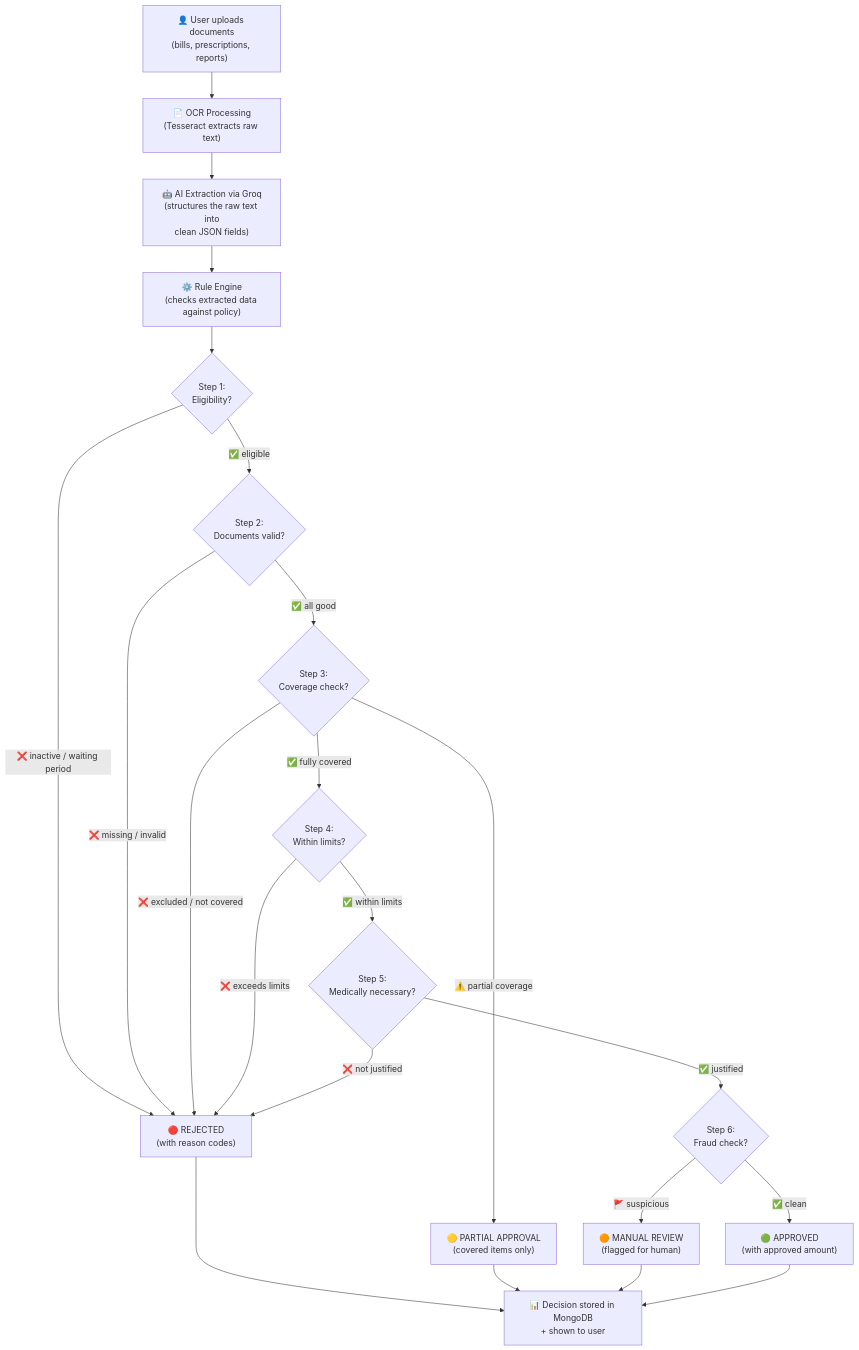
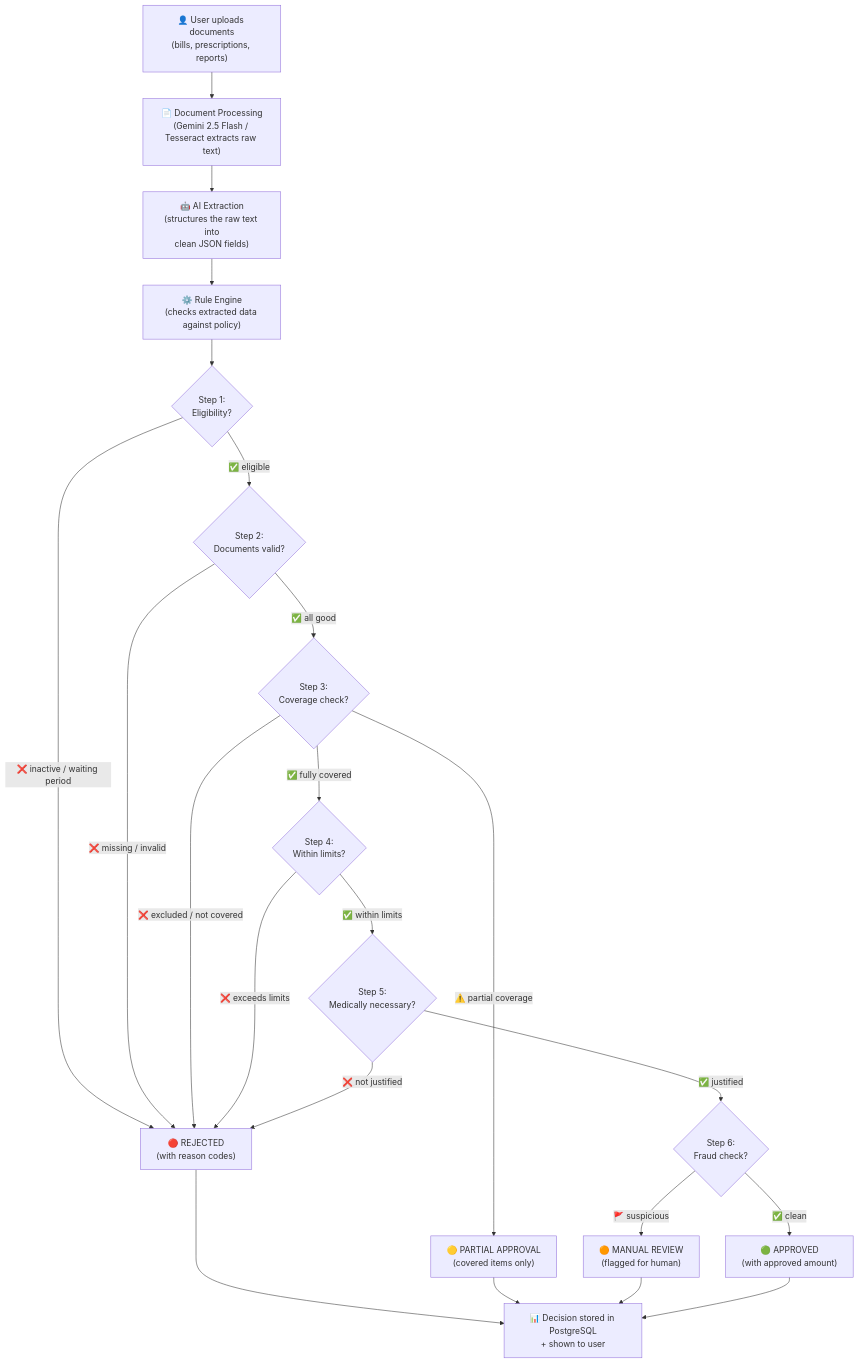
Before and after one commit to ziko-ahmed/plum: the second of 2 diagrams in README.md, drawn with Mermaid. The commit also changed other lines of this file and 156 other files, not shown here.

````diff
--- a/README.md
+++ b/README.md
@@ -295,31 +57,31 @@
 ```mermaid
 flowchart TD
-    A["👤 User uploads documents\n(bills, prescriptions, reports)"] --> B["📄 OCR Processing\n(Tesseract extracts raw text)"]
-    B --> C["🤖 AI Extraction via Groq\n(structures the raw text into\nclean JSON fields)"]
+    A["👤 User uploads documents\n(bills, prescriptions, reports)"] --> B["📄 Document Processing\n(Gemini 2.5 Flash / Tesseract extracts raw text)"]
+    B --> C["🤖 AI Extraction\n(structures the raw text into\nclean JSON fields)"]
     C --> D["⚙️ Rule Engine\n(checks extracted data against policy)"]
     
     D --> E{"Step 1:\nEligibility?"}
     E -->|"❌ inactive / waiting period"| R["🔴 REJECTED\n(with reason codes)"]
     E -->|"✅ eligible"| F{"Step 2:\nDocuments valid?"}
     
     F -->|"❌ missing / invalid"| R
     F -->|"✅ all good"| G{"Step 3:\nCoverage check?"}
     
     G -->|"❌ excluded / not covered"| R
     G -->|"⚠️ partial coverage"| P["🟡 PARTIAL APPROVAL\n(covered items only)"]
     G -->|"✅ fully covered"| H{"Step 4:\nWithin limits?"}
     
     H -->|"❌ exceeds limits"| R
     H -->|"✅ within limits"| I{"Step 5:\nMedically necessary?"}
     
     I -->|"❌ not justified"| R
     I -->|"✅ justified"| J{"Step 6:\nFraud check?"}
     
     J -->|"🚩 suspicious"| M["🟠 MANUAL REVIEW\n(flagged for human)"]
     J -->|"✅ clean"| A2["🟢 APPROVED\n(with approved amount)"]
     
-    R --> OUT["📊 Decision stored in MongoDB\n+ shown to user"]
+    R --> OUT["📊 Decision stored in PostgreSQL\n+ shown to user"]
     P --> OUT
     M --> OUT
     A2 --> OUT
 ```
````
